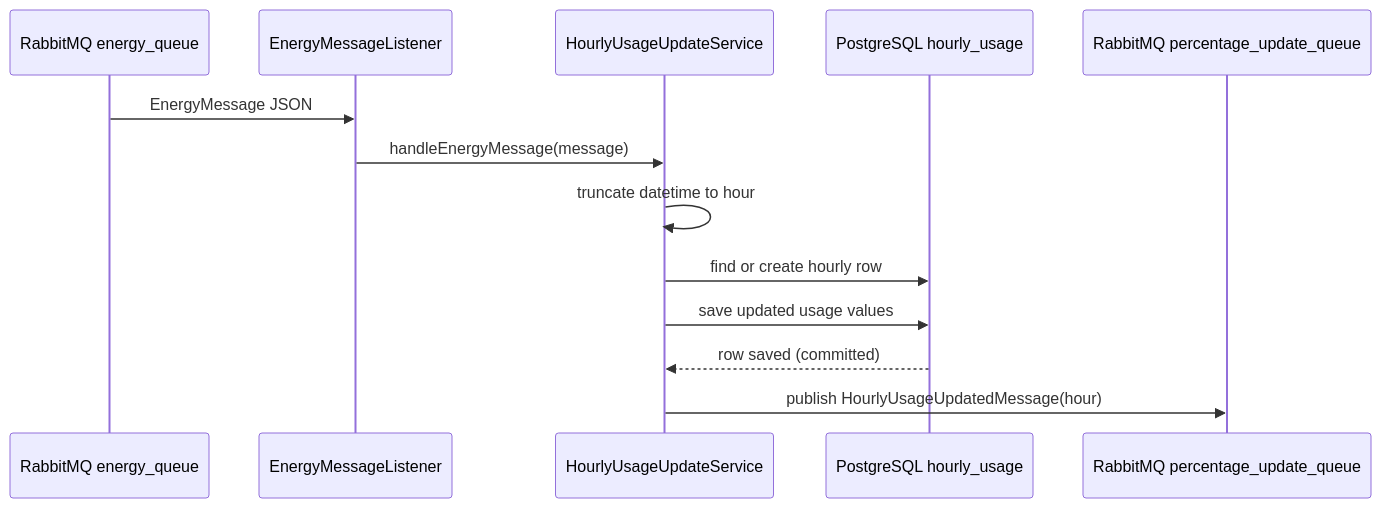
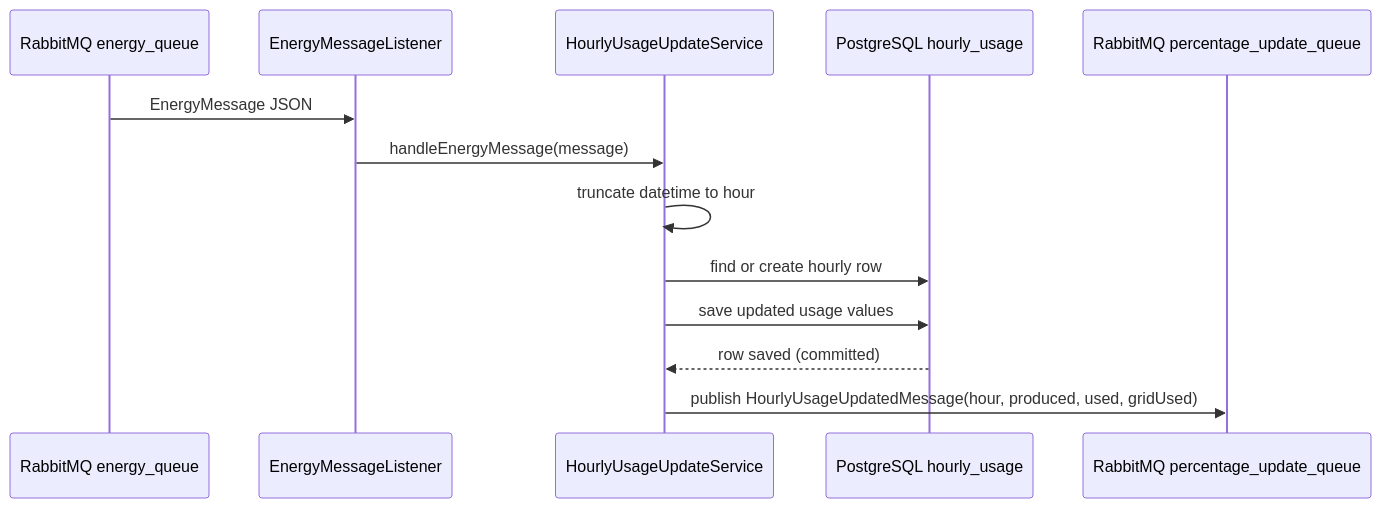
The second of 2 diagrams in docs/modules-documentation/usage-service.md (Dev02Liu/energy_community_project), drawn with Mermaid before and after one commit. The commit also changed other lines of this file and 16 other files, not shown here.

````diff
--- a/docs/modules-documentation/usage-service.md
+++ b/docs/modules-documentation/usage-service.md
@@ -106,16 +106,16 @@
 ```mermaid
 sequenceDiagram
     participant Q as RabbitMQ energy_queue
     participant L as EnergyMessageListener
     participant S as HourlyUsageUpdateService
     participant DB as PostgreSQL hourly_usage
     participant UQ as RabbitMQ percentage_update_queue
 
     Q->>L: EnergyMessage JSON
     L->>S: handleEnergyMessage(message)
     S->>S: truncate datetime to hour
     S->>DB: find or create hourly row
     S->>DB: save updated usage values
     DB-->>S: row saved (committed)
-    S->>UQ: publish HourlyUsageUpdatedMessage(hour)
+    S->>UQ: publish HourlyUsageUpdatedMessage(hour, produced, used, gridUsed)
 ```
````
